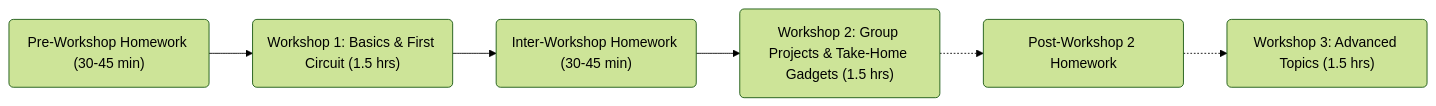
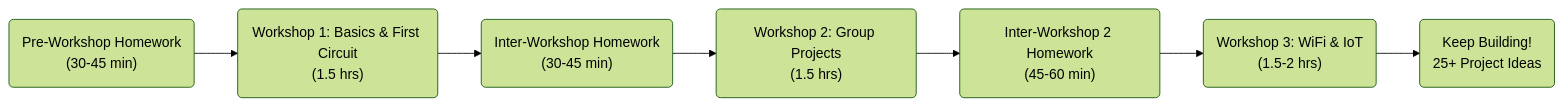
The diagram in README.md (zoharsf/embedded-electronics-101), drawn with Mermaid (forest theme) before and after one commit. The commit also changed other lines of this file and 51 other files, not shown here.

````diff
--- a/README.md
+++ b/README.md
@@ -25,9 +31,10 @@
 ```mermaid
 flowchart LR;
-pwh("Pre-Workshop Homework (30-45 min)") --> w1
-w1("Workshop 1: Basics & First Circuit (1.5 hrs)") --> iwh
-iwh("Inter-Workshop Homework (30-45 min)") --> w2
-w2("Workshop 2: Group Projects & Take-Home Gadgets (1.5 hrs)") -.-> pw2h
-pw2h("Post-Workshop 2 Homework") -.-> w3
-w3("Workshop 3: Advanced Topics (1.5 hrs)")
+    pwh("Pre-Workshop Homework<br/>(30-45 min)") --> w1
+    w1("Workshop 1: Basics & First Circuit<br/>(1.5 hrs)") --> iwh
+    iwh("Inter-Workshop Homework<br/>(30-45 min)") --> w2
+    w2("Workshop 2: Group Projects<br/>(1.5 hrs)") --> iwh2
+    iwh2("Inter-Workshop 2 Homework<br/>(45-60 min)") --> w3
+    w3("Workshop 3: WiFi & IoT<br/>(1.5-2 hrs)") --> keep
+    keep("Keep Building!<br/>25+ Project Ideas")
 ```
````
